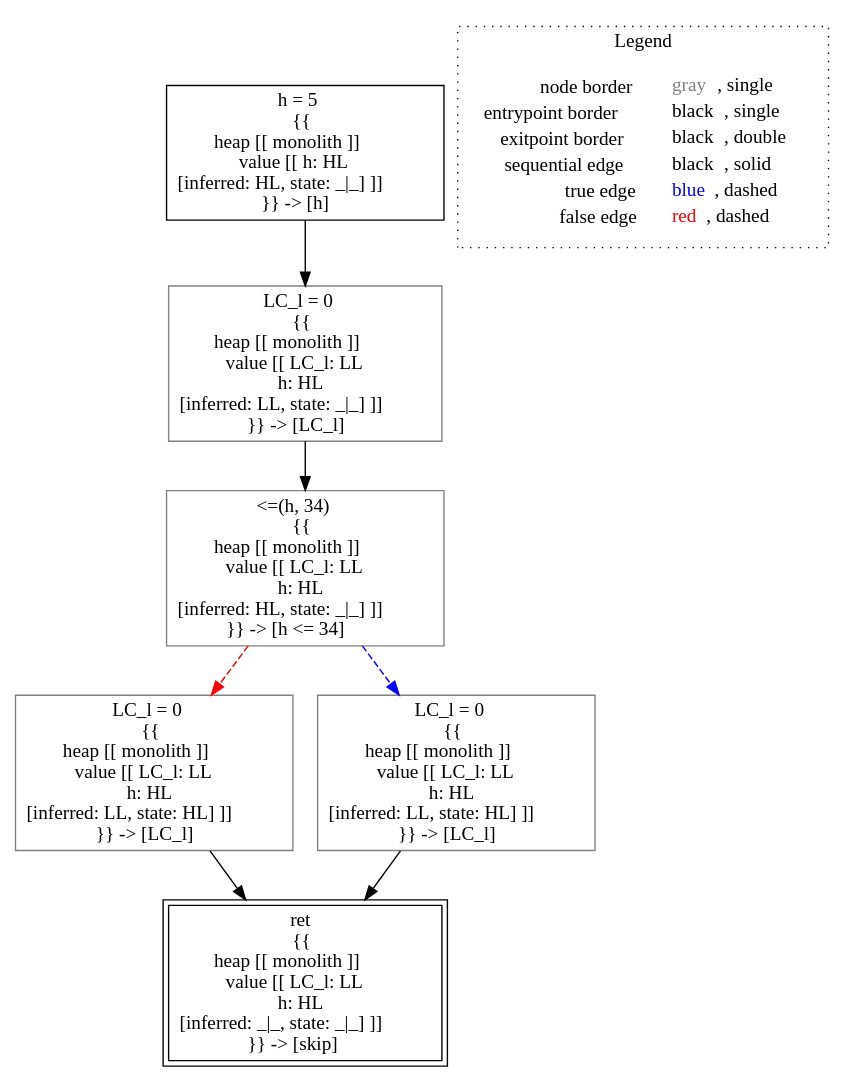
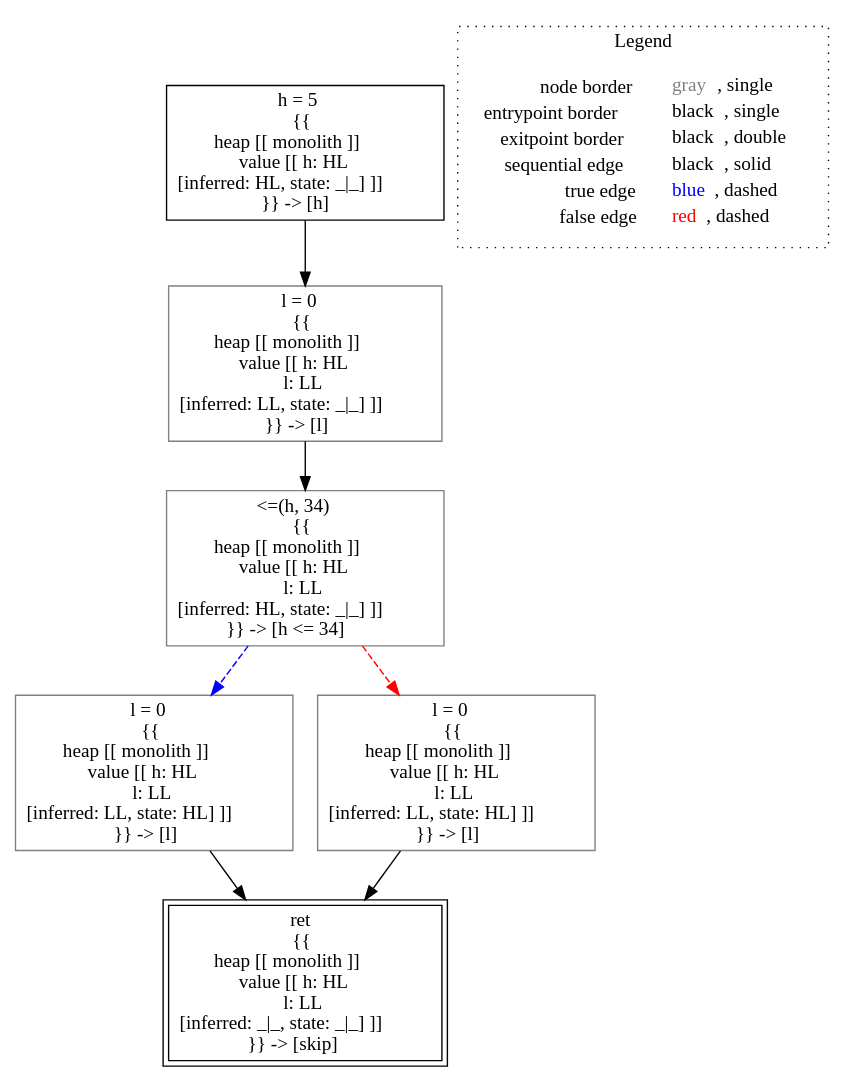
Before and after one commit to lisa-analyzer/lisa: the diagram in lisa/imp-testcases/non-interference/confidentiality/analysis___untyped_Confidentiality.confidentiality_lec19ex5(Confidentiality_this).dot, drawn with Graphviz. The commit also changed 30 other files, not shown here.

```diff
--- a/lisa/imp-testcases/non-interference/confidentiality/analysis___untyped_Confidentiality.confidentiality_lec19ex5(Confidentiality_this).dot
+++ b/lisa/imp-testcases/non-interference/confidentiality/analysis___untyped_Confidentiality.confidentiality_lec19ex5(Confidentiality_this).dot
@@ -1,21 +1,21 @@
 digraph {
 	"node0" [shape="rect",color="black",label=<h = 5<BR/>{{<BR/>heap [[ monolith ]]<BR/>value [[ h: HL<BR/>[inferred: HL, state: _|_] ]]<BR/>}} -&gt; [h]>];
-	"node1" [shape="rect",color="gray",label=<LC_l = 0<BR/>{{<BR/>heap [[ monolith ]]<BR/>value [[ LC_l: LL<BR/>h: HL<BR/>[inferred: LL, state: _|_] ]]<BR/>}} -&gt; [LC_l]>];
-	"node2" [shape="rect",color="gray",label=<LC_l = 0<BR/>{{<BR/>heap [[ monolith ]]<BR/>value [[ LC_l: LL<BR/>h: HL<BR/>[inferred: LL, state: HL] ]]<BR/>}} -&gt; [LC_l]>];
-	"node3" [shape="rect",color="gray",label=<LC_l = 0<BR/>{{<BR/>heap [[ monolith ]]<BR/>value [[ LC_l: LL<BR/>h: HL<BR/>[inferred: LL, state: HL] ]]<BR/>}} -&gt; [LC_l]>];
-	"node4" [shape="rect",color="black",peripheries="2",label=<ret<BR/>{{<BR/>heap [[ monolith ]]<BR/>value [[ LC_l: LL<BR/>h: HL<BR/>[inferred: _|_, state: _|_] ]]<BR/>}} -&gt; [skip]>];
-	"node5" [shape="rect",color="gray",label=<&lt;=(h, 34)<BR/>{{<BR/>heap [[ monolith ]]<BR/>value [[ LC_l: LL<BR/>h: HL<BR/>[inferred: HL, state: _|_] ]]<BR/>}} -&gt; [h &lt;= 34]>];
-	"node1" -> "node5" [color="black"];
-	"node2" -> "node4" [color="black"];
-	"node3" -> "node4" [color="black"];
-	"node5" -> "node2" [color="red",style="dashed"];
-	"node5" -> "node3" [color="blue",style="dashed"];
-	"node0" -> "node1" [color="black"];
+	"node1" [shape="rect",color="gray",label=<l = 0<BR/>{{<BR/>heap [[ monolith ]]<BR/>value [[ h: HL<BR/>l: LL<BR/>[inferred: LL, state: HL] ]]<BR/>}} -&gt; [l]>];
+	"node2" [shape="rect",color="black",peripheries="2",label=<ret<BR/>{{<BR/>heap [[ monolith ]]<BR/>value [[ h: HL<BR/>l: LL<BR/>[inferred: _|_, state: _|_] ]]<BR/>}} -&gt; [skip]>];
+	"node3" [shape="rect",color="gray",label=<l = 0<BR/>{{<BR/>heap [[ monolith ]]<BR/>value [[ h: HL<BR/>l: LL<BR/>[inferred: LL, state: _|_] ]]<BR/>}} -&gt; [l]>];
+	"node4" [shape="rect",color="gray",label=<l = 0<BR/>{{<BR/>heap [[ monolith ]]<BR/>value [[ h: HL<BR/>l: LL<BR/>[inferred: LL, state: HL] ]]<BR/>}} -&gt; [l]>];
+	"node5" [shape="rect",color="gray",label=<&lt;=(h, 34)<BR/>{{<BR/>heap [[ monolith ]]<BR/>value [[ h: HL<BR/>l: LL<BR/>[inferred: HL, state: _|_] ]]<BR/>}} -&gt; [h &lt;= 34]>];
+	"node1" -> "node2" [color="black"];
+	"node0" -> "node3" [color="black"];
+	"node3" -> "node5" [color="black"];
+	"node4" -> "node2" [color="black"];
+	"node5" -> "node1" [color="blue",style="dashed"];
+	"node5" -> "node4" [color="red",style="dashed"];
 subgraph cluster_legend {
 	label="Legend";
 	style=dotted;
 	node [shape=plaintext];
 	"legend" [label=<<table border="0" cellpadding="2" cellspacing="0" cellborder="0"><tr><td align="right">node border&nbsp;</td><td align="left"><font color="gray">gray</font>, single</td></tr><tr><td align="right">entrypoint border&nbsp;</td><td align="left"><font color="black">black</font>, single</td></tr><tr><td align="right">exitpoint border&nbsp;</td><td align="left"><font color="black">black</font>, double</td></tr><tr><td align="right">sequential edge&nbsp;</td><td align="left"><font color="black">black</font>, solid</td></tr><tr><td align="right">true edge&nbsp;</td><td align="left"><font color="blue">blue</font>, dashed</td></tr><tr><td align="right">false edge&nbsp;</td><td align="left"><font color="red">red</font>, dashed</td></tr></table>>];
 }
 
 }
```
